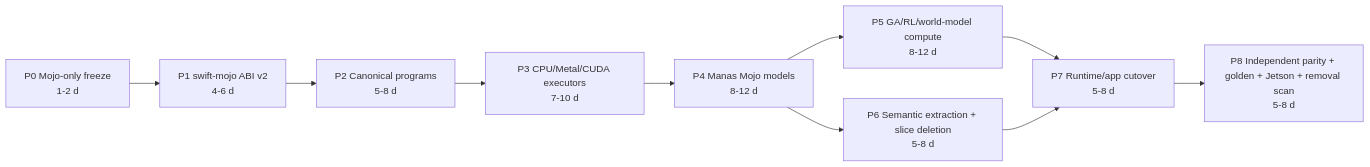
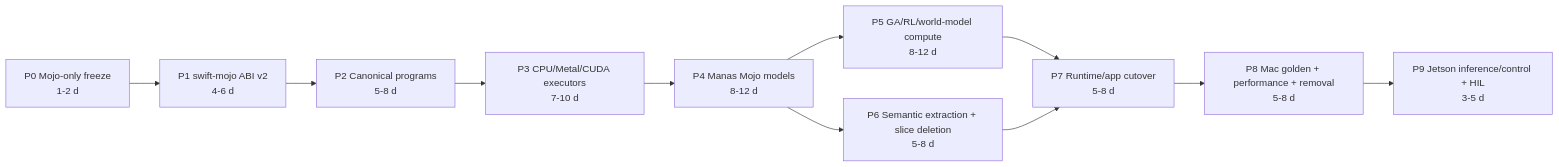
One commit to 1amageek/kuyu changed the second of 3 diagrams in MOJO_MIGRATION.md. Above: the diagram before and after it, drawn with Mermaid. The commit also changed other lines of this file and 2 other files, not shown here.

Commit message:
Make Mac the primary Mojo training platform

````diff
--- a/MOJO_MIGRATION.md
+++ b/MOJO_MIGRATION.md
@@ -134,12 +136,13 @@
 ```mermaid
 flowchart LR
   P0["P0 Mojo-only freeze\n1-2 d"] --> P1["P1 swift-mojo ABI v2\n4-6 d"]
   P1 --> P2["P2 Canonical programs\n5-8 d"]
   P2 --> P3["P3 CPU/Metal/CUDA executors\n7-10 d"]
   P3 --> P4["P4 Manas Mojo models\n8-12 d"]
   P4 --> P5["P5 GA/RL/world-model compute\n8-12 d"]
   P4 --> P6["P6 Semantic extraction + slice deletion\n5-8 d"]
   P5 --> P7["P7 Runtime/app cutover\n5-8 d"]
   P6 --> P7
-  P7 --> P8["P8 Independent parity + golden + Jetson + removal scan\n5-8 d"]
+  P7 --> P8["P8 Mac golden + performance + removal\n5-8 d"]
+  P8 --> P9["P9 Jetson inference/control + HIL\n3-5 d"]
 ```
````
